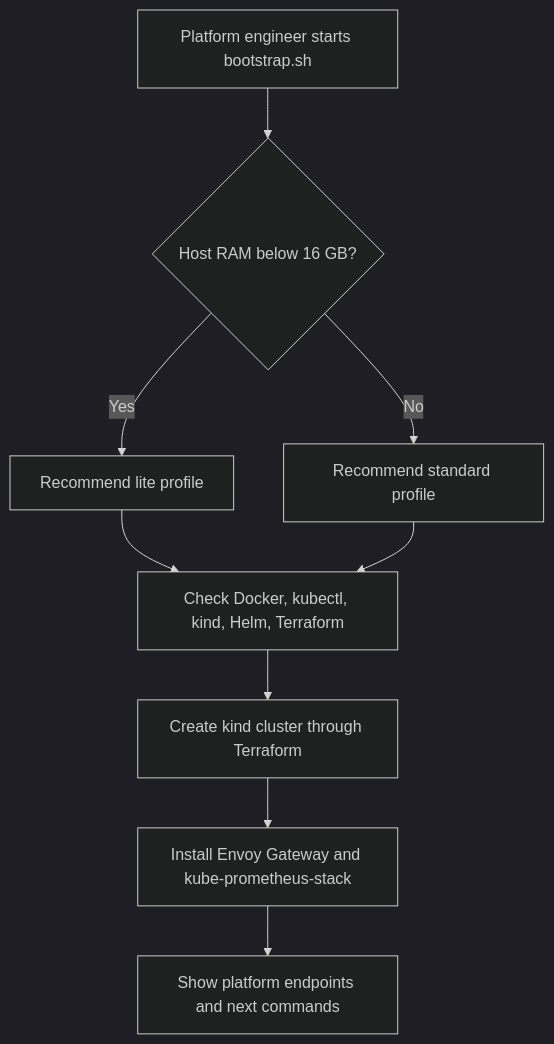
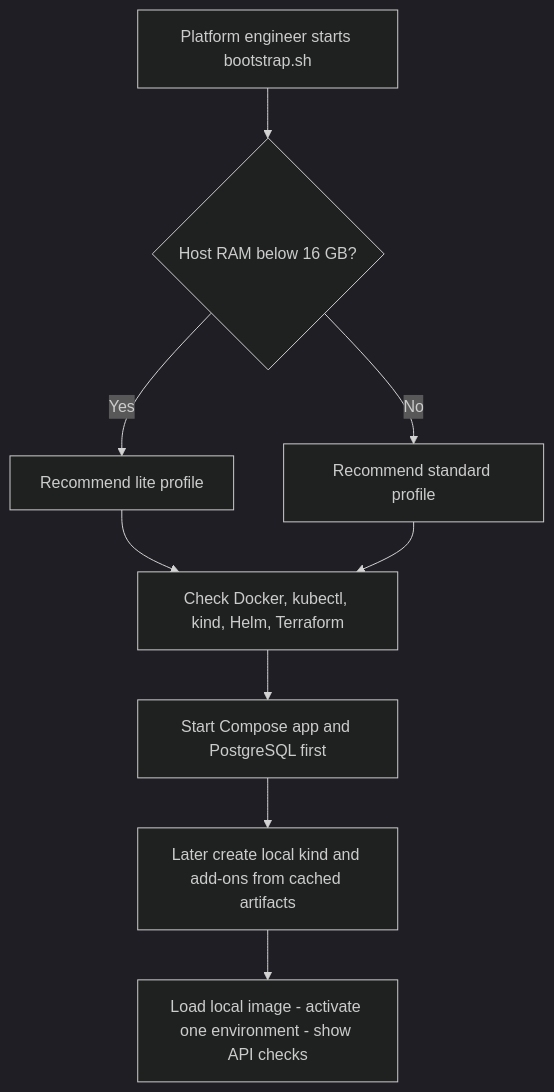
Before and after one commit to sukurcf/spec-shipit-devops-platform: the third of 3 diagrams in docs/02-users-and-roles.md, drawn with Mermaid (dark theme). The commit also changed other lines of this file and 14 other files, not shown here.

````diff
--- a/docs/02-users-and-roles.md
+++ b/docs/02-users-and-roles.md
@@ -80,11 +82,11 @@
 ```mermaid
 flowchart TD
   A["Platform engineer starts bootstrap.sh"] --> B{"Host RAM below 16 GB?"}
   B -- "Yes" --> C["Recommend lite profile"]
   B -- "No" --> D["Recommend standard profile"]
   C --> E["Check Docker, kubectl, kind, Helm, Terraform"]
   D --> E
-  E --> F["Create kind cluster through Terraform"]
-  F --> G["Install Envoy Gateway and kube-prometheus-stack"]
-  G --> H["Show platform endpoints and next commands"]
+  E --> F["Start Compose app and PostgreSQL first"]
+  F --> G["Later create local kind and add-ons from cached artifacts"]
+  G --> H["Load local image - activate one environment - show API checks"]
 ```
````
